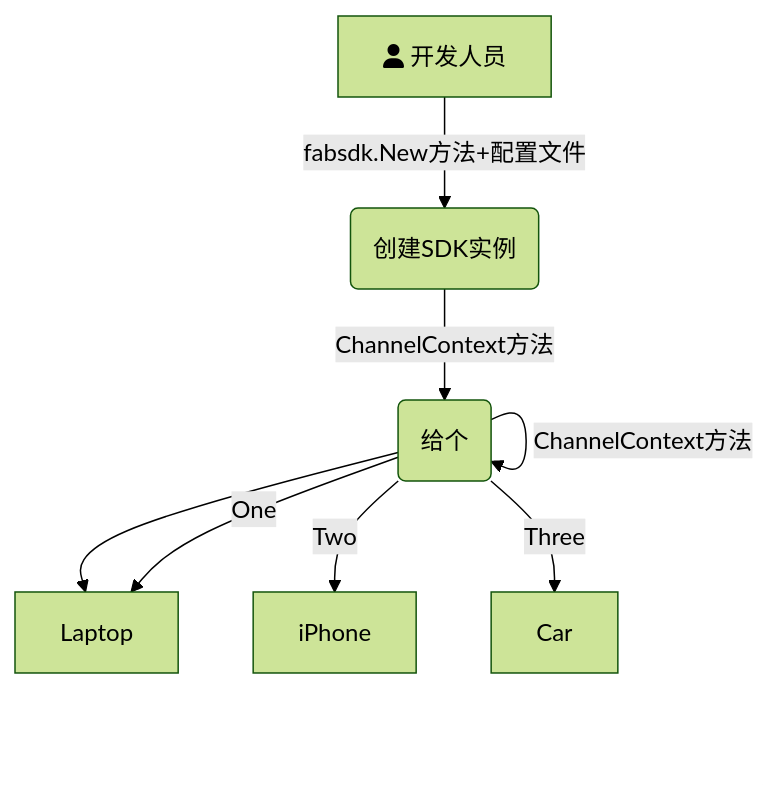
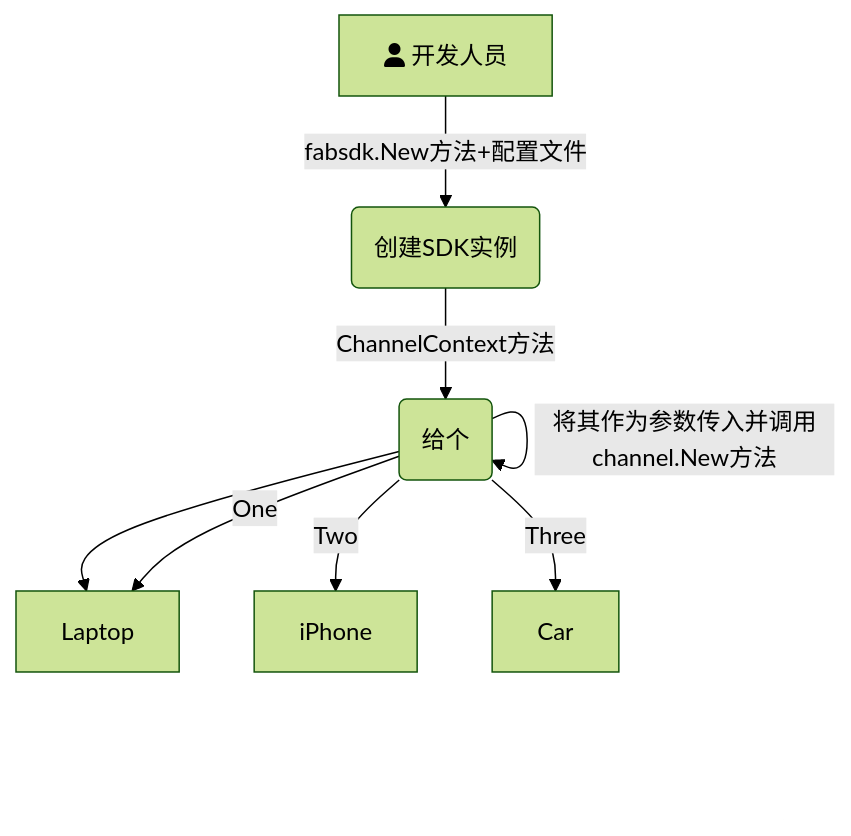
Before and after one commit to Utekichan/iodraw-files: the diagram in all/未命名.md, drawn with Mermaid (forest theme).

Commit message:
2024-03-30 22:14:59 update

````diff
--- a/all/未命名.md
+++ b/all/未命名.md
@@ -1,11 +1,11 @@
 ```mermaid
 graph TD
     A[fa:fa-user 开发人员] -->|fabsdk.New方法+配置文件| B(创建SDK实例)
     B-->|ChannelContext方法| C(创建客户端上下文)
-    C-->|ChannelContext方法| C(给个)
+    C-->|将其作为参数传入并调用channel.New方法| C(给个)
     C --> D{Select}
     C -->|One| D[Laptop]
     C -->|Two| E[iPhone]
     C -->|Three| F[Car]
   
 ```
````
